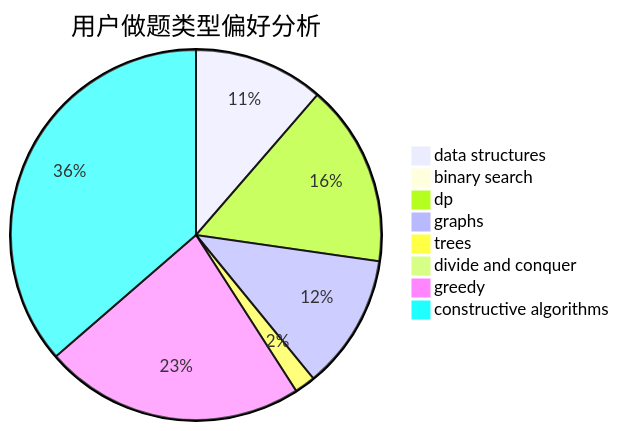
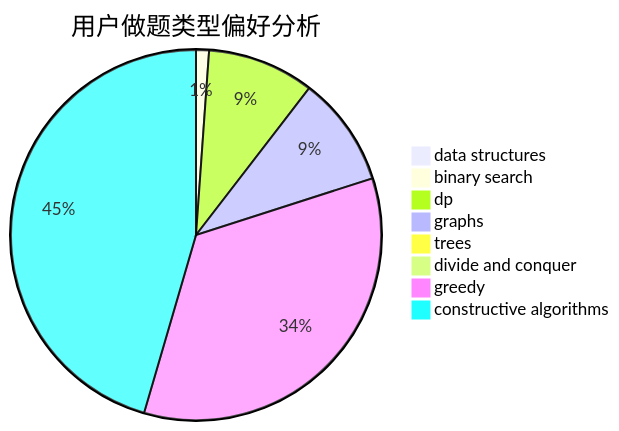
Before and after one commit to sherpahu/cfrs.github.io: the second of 3 diagrams in docs/user/u2647.md, drawn with Mermaid. The commit also changed other lines of this file and 2770 other files, not shown here.

````diff
--- a/docs/user/u2647.md
+++ b/docs/user/u2647.md
@@ -23,11 +23,11 @@
 ```mermaid
 pie title 用户做题类型偏好分析
-    "data structures" :  25
-    "binary search" :  1
-    "dp" :  35
-    "graphs" :  26
-    "trees" :  4
+    "data structures" :  3
+    "binary search" :  4
+    "dp" :  33
+    "graphs" :  34
+    "trees" :  2
     "divide and conquer" :  0
-    "greedy" :  50
-    "constructive algorithms" :  80
+    "greedy" :  122
+    "constructive algorithms" :  161
 ```
````
